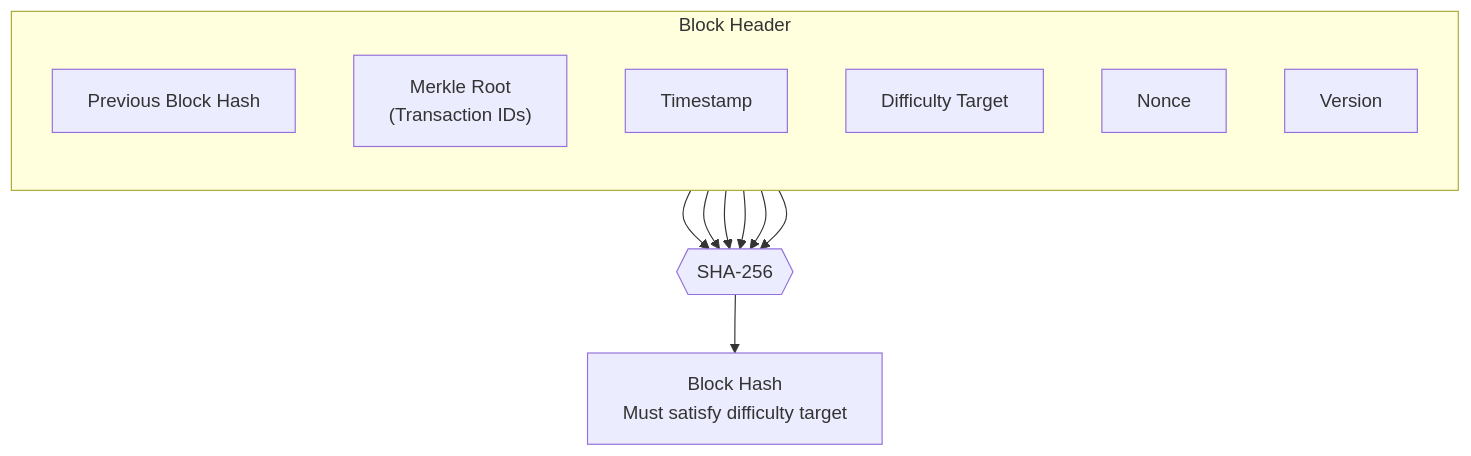
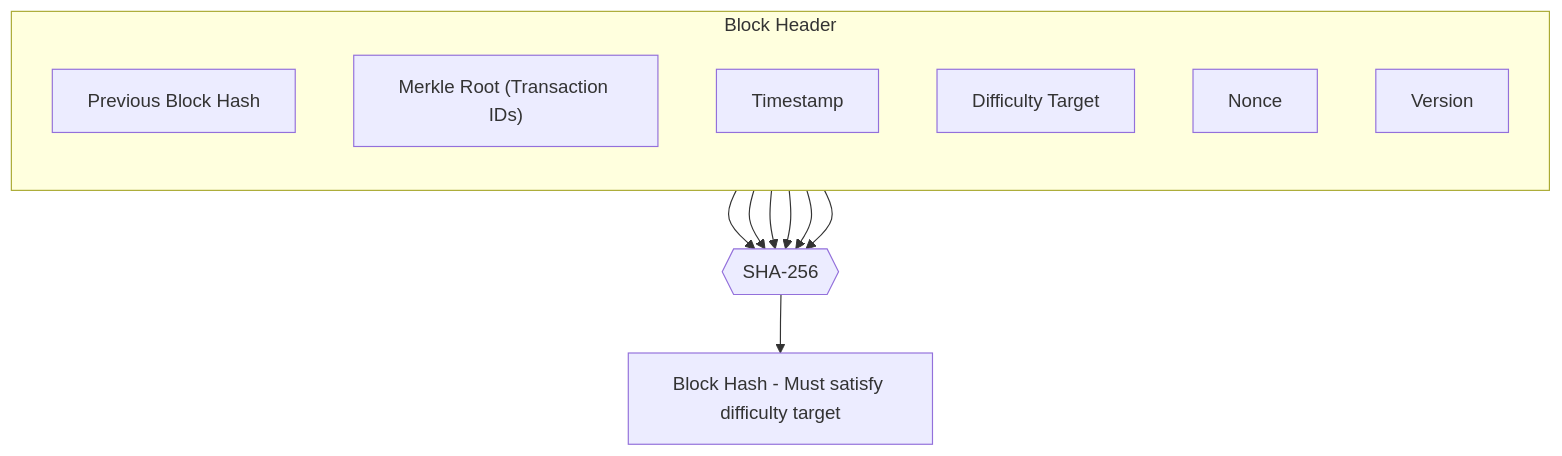
Before and after one commit to walidwh21/MiniChain: the second of 9 diagrams in README.md, drawn with Mermaid. The commit also changed other lines of this file, not shown here.

````diff
--- a/README.md
+++ b/README.md
@@ -124,21 +126,21 @@
 ```mermaid
 flowchart TB
     subgraph Header["Block Header"]
         direction TB
         prev["Previous Block Hash"]
-        root["Merkle Root<br/>(Transaction IDs)"]
+        root["Merkle Root (Transaction IDs)"]
         ts["Timestamp"]
         diff["Difficulty Target"]
         nonce["Nonce"]
         ver["Version"]
     end
 
     prev --> H{{"SHA-256"}}
     root --> H
     ts --> H
     diff --> H
     nonce --> H
     ver --> H
 
-    H --> out["Block Hash<br/>Must satisfy difficulty target"]
+    H --> out["Block Hash - Must satisfy difficulty target"]
 ```
````
